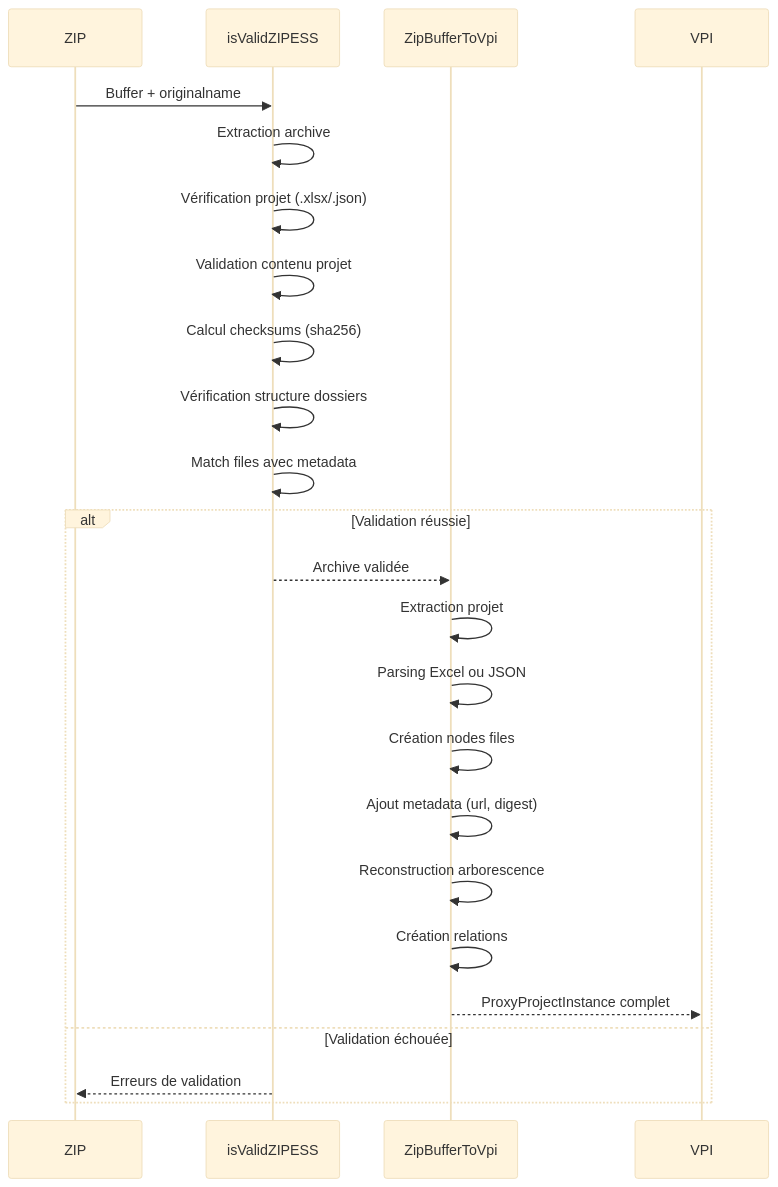
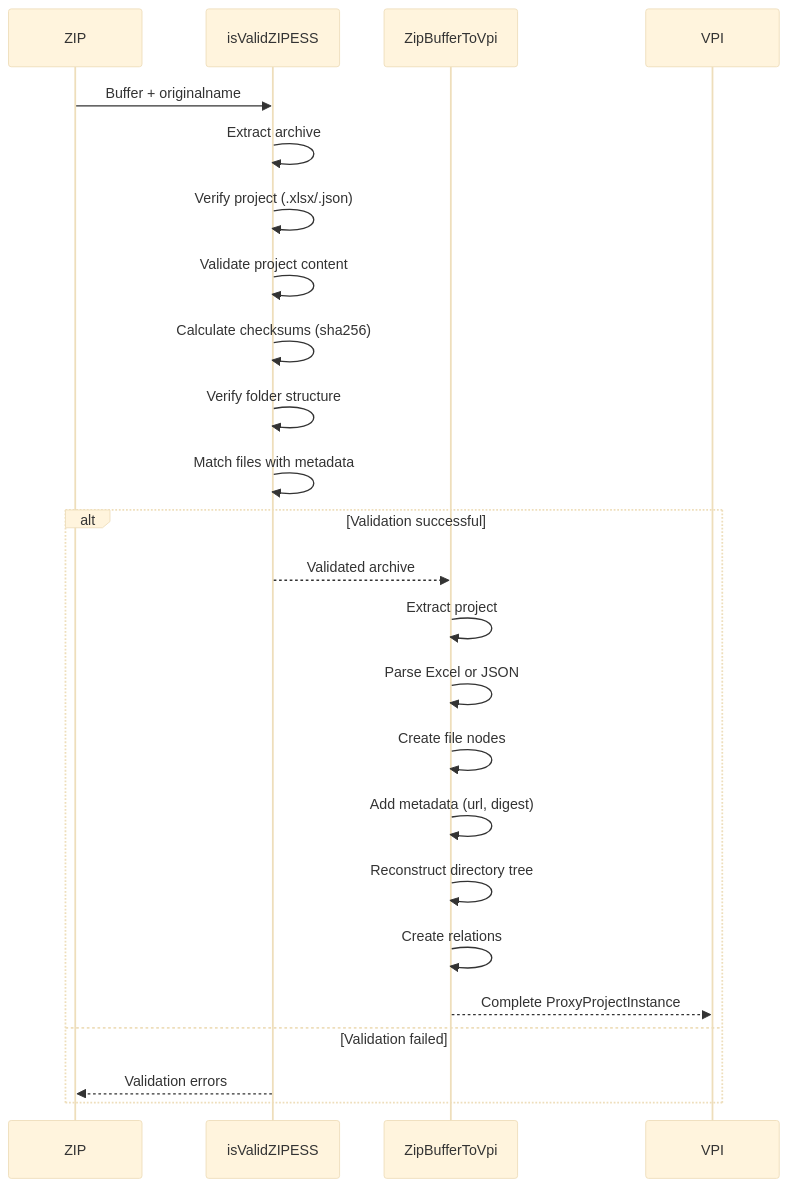
One commit to infrasoftbe/vnv-doc changed the fifth of 13 diagrams in vnv-doc-content/blog/posts/Validation procedures.md. Above: the diagram before and after it, drawn with Mermaid (base theme). The commit also changed other lines of this file and 9 other files, not shown here.

````diff
--- a/vnv-doc-content/blog/posts/Validation procedures.md
+++ b/vnv-doc-content/blog/posts/Validation procedures.md
@@ -206,28 +206,28 @@
 ```mermaid
 sequenceDiagram
     participant ZIP
     participant Validator as isValidZIPESS
     participant Parser as ZipBufferToVpi
     participant VPI
 
     ZIP->>Validator: Buffer + originalname
-    Validator->>Validator: Extraction archive
-    Validator->>Validator: Vérification projet (.xlsx/.json)
-    Validator->>Validator: Validation contenu projet
-    Validator->>Validator: Calcul checksums (sha256)
-    Validator->>Validator: Vérification structure dossiers
-    Validator->>Validator: Match files avec metadata
+    Validator->>Validator: Extract archive
+    Validator->>Validator: Verify project (.xlsx/.json)
+    Validator->>Validator: Validate project content
+    Validator->>Validator: Calculate checksums (sha256)
+    Validator->>Validator: Verify folder structure
+    Validator->>Validator: Match files with metadata
     
-    alt Validation réussie
-        Validator-->>Parser: Archive validée
-        Parser->>Parser: Extraction projet
-        Parser->>Parser: Parsing Excel ou JSON
-        Parser->>Parser: Création nodes files
-        Parser->>Parser: Ajout metadata (url, digest)
-        Parser->>Parser: Reconstruction arborescence
-        Parser->>Parser: Création relations
-        Parser-->>VPI: ProxyProjectInstance complet
-    else Validation échouée
-        Validator-->>ZIP: Erreurs de validation
+    alt Validation successful
+        Validator-->>Parser: Validated archive
+        Parser->>Parser: Extract project
+        Parser->>Parser: Parse Excel or JSON
+        Parser->>Parser: Create file nodes
+        Parser->>Parser: Add metadata (url, digest)
+        Parser->>Parser: Reconstruct directory tree
+        Parser->>Parser: Create relations
+        Parser-->>VPI: Complete ProxyProjectInstance
+    else Validation failed
+        Validator-->>ZIP: Validation errors
     end
 ```
````
